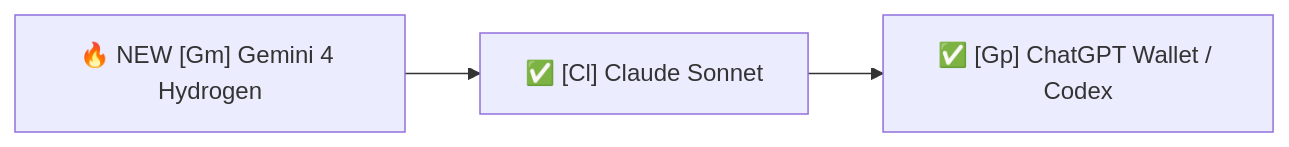
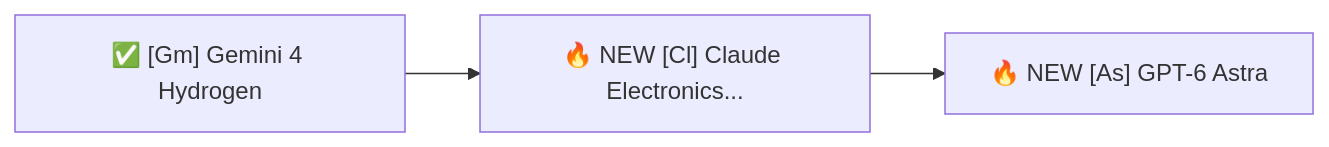
The first of 3 diagrams in LATEST.md (NutCodeLaw/cyber-paparazzi), drawn with Mermaid before and after one commit. The commit also changed other lines of this file and 10 other files, not shown here.

````diff
--- a/LATEST.md
+++ b/LATEST.md
@@ -14,7 +14,7 @@
 ```mermaid
 flowchart LR
-    E0["🔥 NEW [Gm] Gemini 4 Hydrogen"]
-    E1["✅ [Cl] Claude Sonnet"]
-    E2["✅ [Gp] ChatGPT Wallet / Codex"]
+    E0["✅ [Gm] Gemini 4 Hydrogen"]
+    E1["🔥 NEW [Cl] Claude Electronics..."]
+    E2["🔥 NEW [As] GPT-6 Astra"]
     E0 --> E1 --> E2
 ```
````
